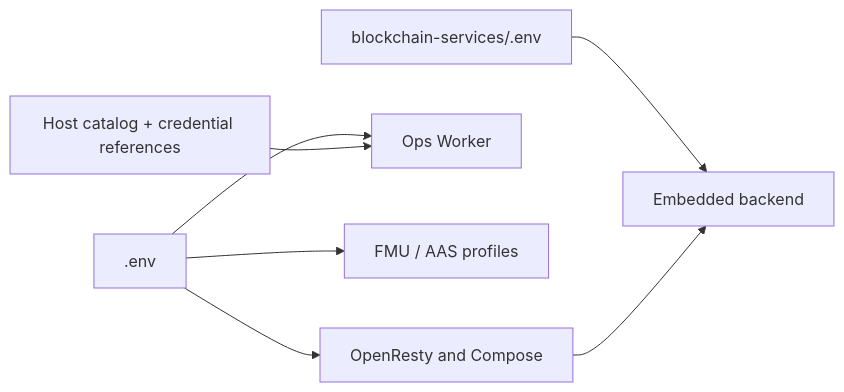
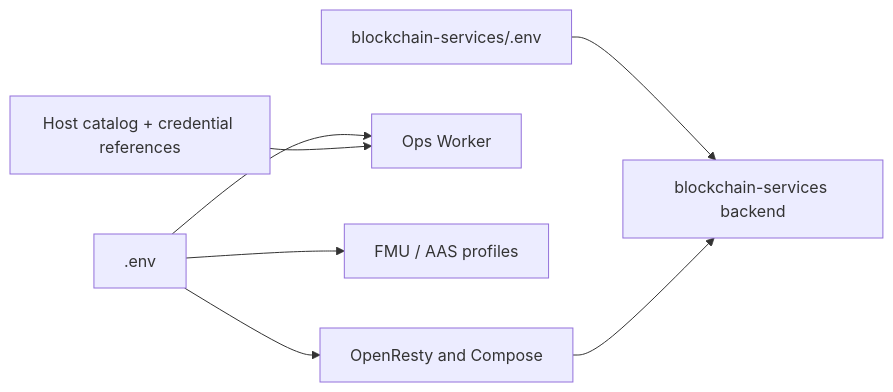
One commit to DecentraLabsCom/Lab-Gateway changed the diagram in docs/reference/configuration.md. Above: the diagram before and after it, drawn with Mermaid. The commit also changed other lines of this file and 16 other files, not shown here.

````diff
--- a/docs/reference/configuration.md
+++ b/docs/reference/configuration.md
@@ -22,9 +22,9 @@
 ```mermaid
 flowchart LR
     Env[.env] --> Edge[OpenResty and Compose]
     Env --> Ops[Ops Worker]
     Env --> Optional[FMU / AAS profiles]
-    BackendEnv[blockchain-services/.env] --> Backend[Embedded backend]
+    BackendEnv[blockchain-services/.env] --> Backend[blockchain-services backend]
     Hosts[Host catalog + credential references] --> Ops
     Edge --> Backend
 ```
````
